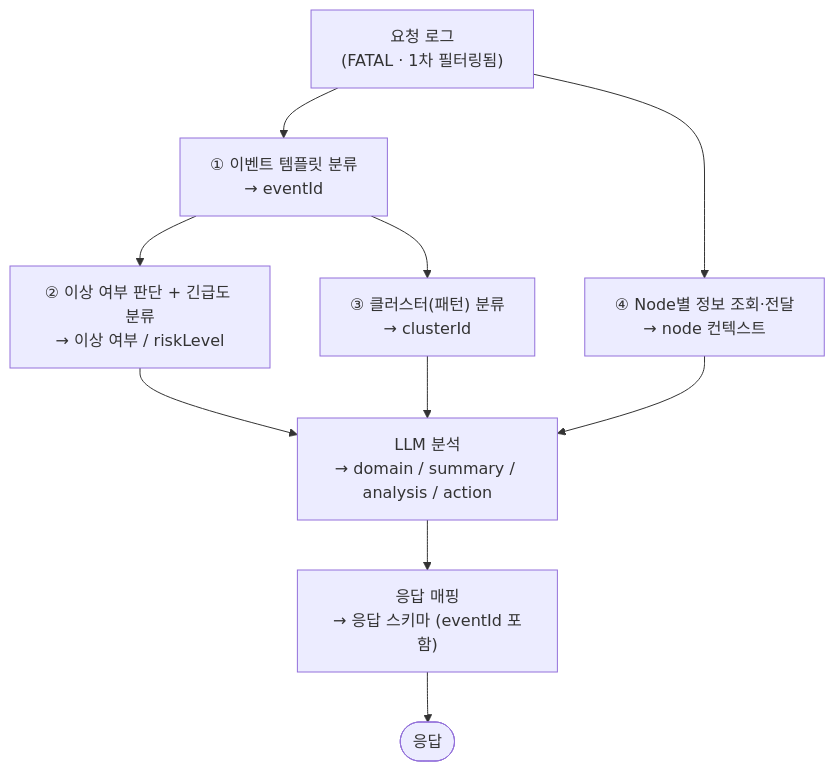
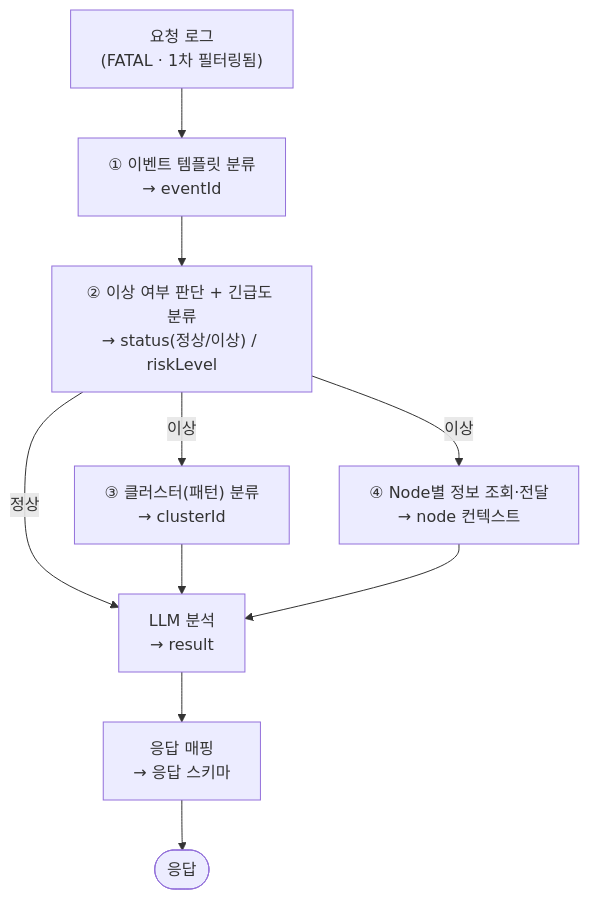
One commit to KT-AX-ICT/chok-ai-backend changed the diagram in .agents/API.md. Above: the diagram before and after it, drawn with Mermaid. The commit also changed other lines of this file and 3 other files, not shown here.

````diff
--- a/.agents/API.md
+++ b/.agents/API.md
@@ -39,22 +39,22 @@
 ```mermaid
 flowchart TB
     REQ["요청 로그<br/>(FATAL · 1차 필터링됨)"]
 
     T1["① 이벤트 템플릿 분류<br/>→ eventId"]
-    T2["② 이상 여부 판단 + 긴급도 분류<br/>→ 이상 여부 / riskLevel"]
+    T2["② 이상 여부 판단 + 긴급도 분류<br/>→ status(정상/이상) / riskLevel"]
     T3["③ 클러스터(패턴) 분류<br/>→ clusterId"]
     T4["④ Node별 정보 조회·전달<br/>→ node 컨텍스트"]
 
-    LLM["LLM 분석<br/>→ domain / summary / analysis / action"]
-    MAP["응답 매핑<br/>→ 응답 스키마 (eventId 포함)"]
+    LLM["LLM 분석<br/>→ result"]
+    MAP["응답 매핑<br/>→ 응답 스키마"]
     RES(["응답"])
 
     REQ --> T1
-    REQ --> T4
     T1 --> T2
-    T1 --> T3
-    T2 --> LLM
+    T2 -->|정상| LLM
+    T2 -->|이상| T3
+    T2 -->|이상| T4
     T3 --> LLM
     T4 --> LLM
     LLM --> MAP --> RES
 ```
````
